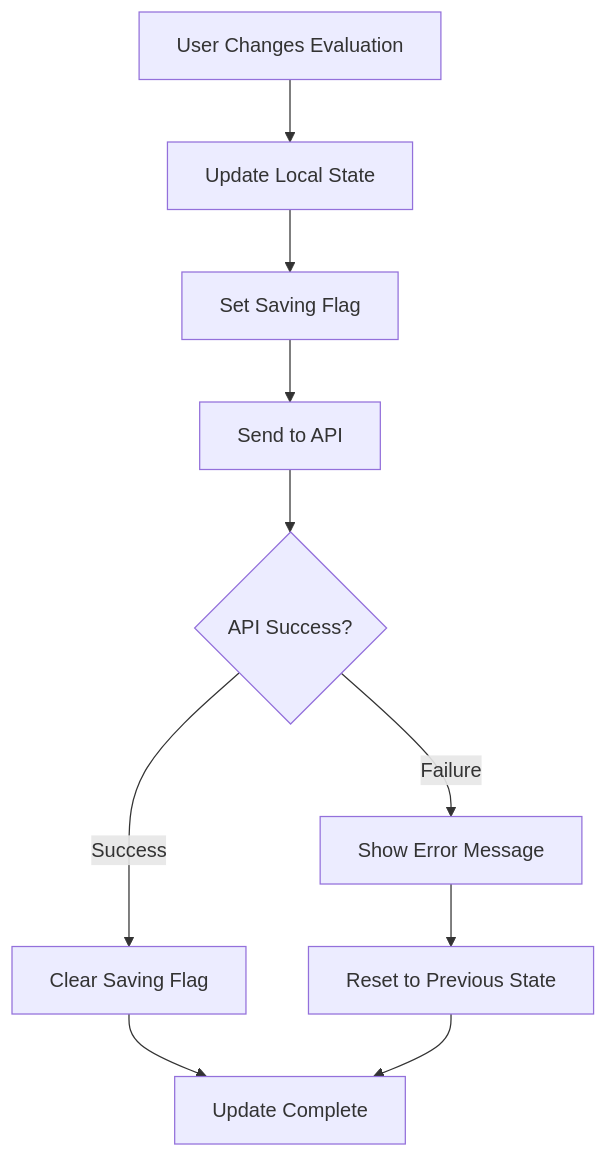
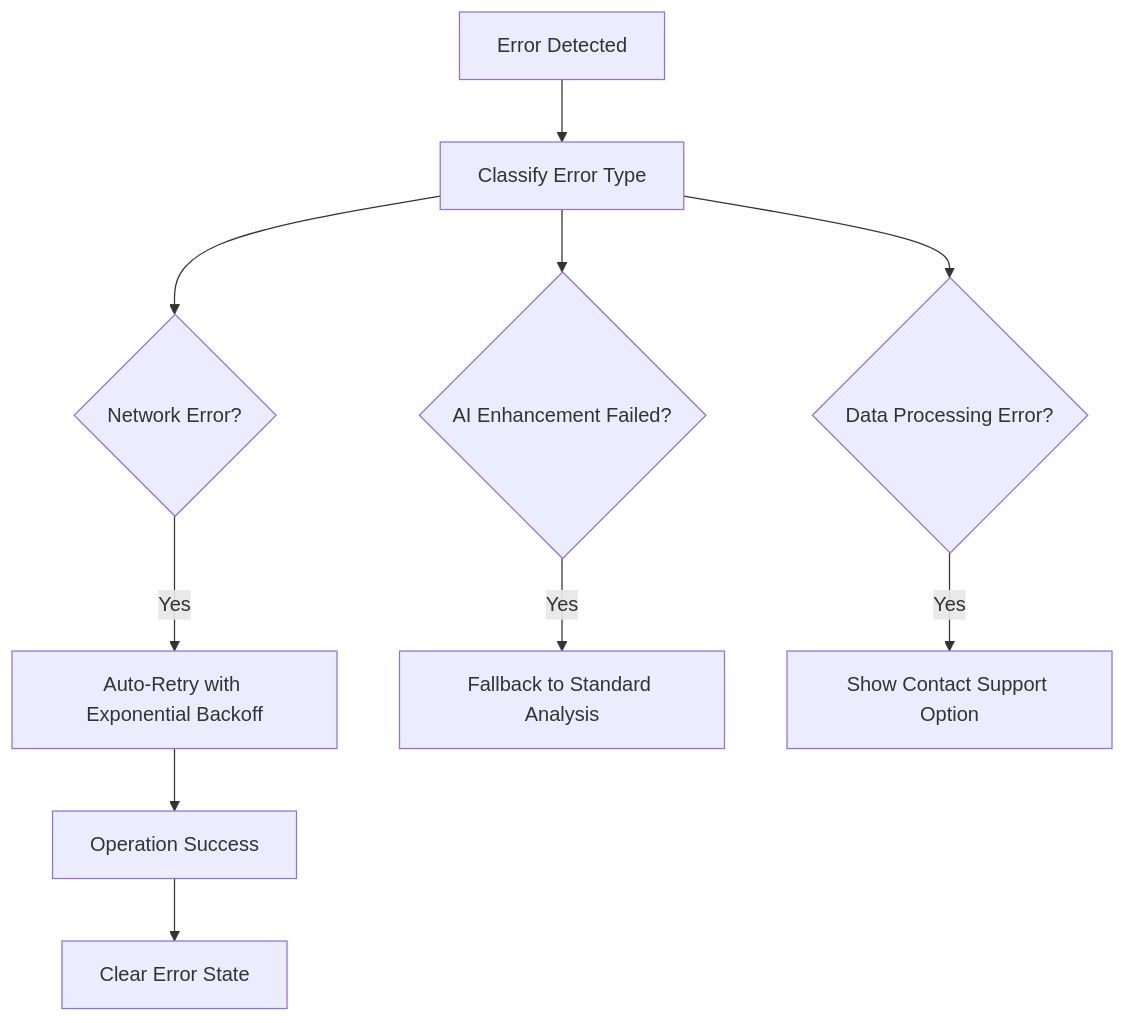
Before and after one commit to Revanththetalogics/aireume: the tenth of 13 diagrams in .qoder/repowiki/en/content/Frontend Architecture/Component Library/Result Card Component.md, drawn with Mermaid. The commit also changed other lines of this file and 15 other files, not shown here.

````diff
--- a/.qoder/repowiki/en/content/Frontend Architecture/Component Library/Result Card Component.md
+++ b/.qoder/repowiki/en/content/Frontend Architecture/Component Library/Result Card Component.md
@@ -293,12 +589,12 @@
 ```mermaid
 flowchart TD
-UserChange[User Changes Evaluation] --> UpdateLocal[Update Local State]
-UpdateLocal --> SetSaving[Set Saving Flag]
-SetSaving --> SendToAPI[Send to API]
-SendToAPI --> APISuccess{API Success?}
-APISuccess --> |Success| ClearSaving[Clear Saving Flag]
-APISuccess --> |Failure| ShowError[Show Error Message]
-ShowError --> ResetState[Reset to Previous State]
-ClearSaving --> UpdateComplete[Update Complete]
-ResetState --> UpdateComplete
+ErrorDetected[Error Detected] --> ClassifyError[Classify Error Type]
+ClassifyError --> NetworkError{Network Error?}
+ClassifyError --> AIError{AI Enhancement Failed?}
+ClassifyError --> DataError{Data Processing Error?}
+NetworkError --> |Yes| AutoRetry[Auto-Retry with Exponential Backoff]
+AIError --> |Yes| FallbackToStandard[Fallback to Standard Analysis]
+DataError --> |Yes| ShowContactSupport[Show Contact Support Option]
+AutoRetry --> Success[Operation Success]
+Success --> ClearError[Clear Error State]
 ```
````
